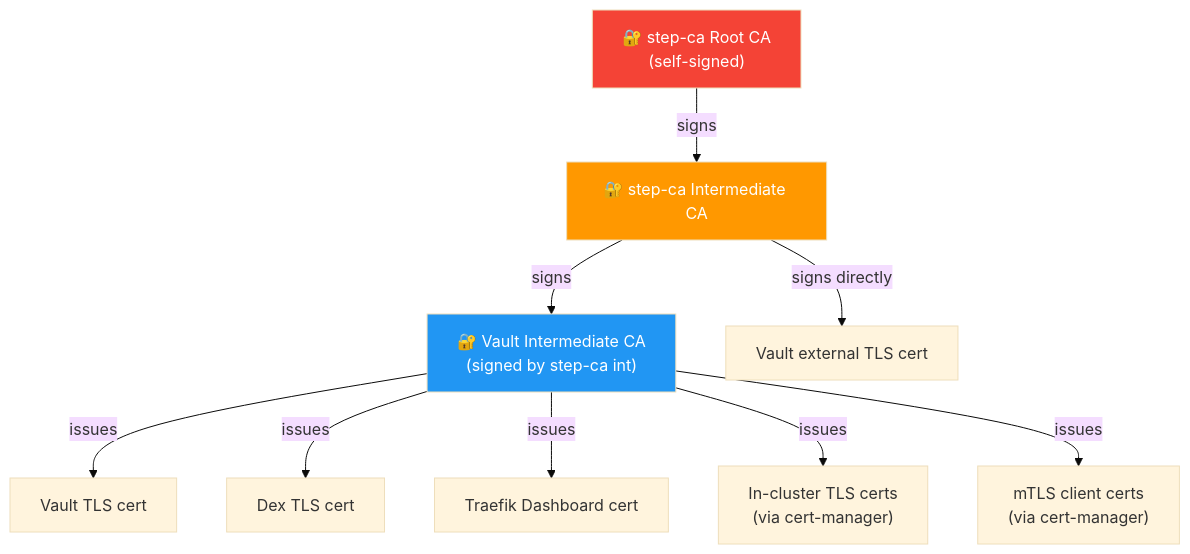
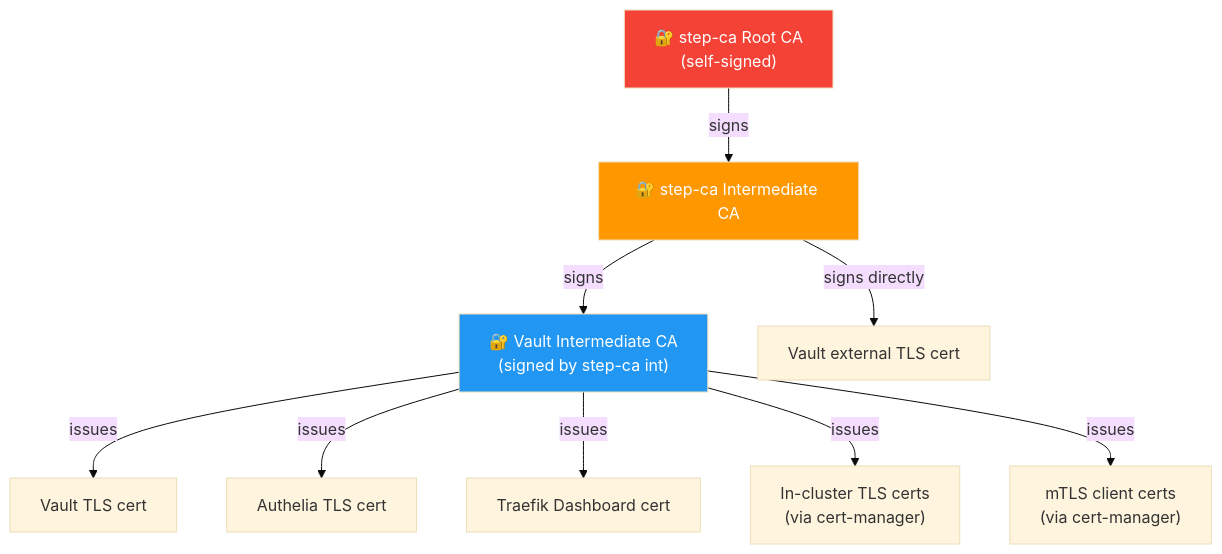
One commit to rmlandvreugd/cnpg-playground changed the sixth of 9 diagrams in docs/architecture-overview.md. Above: the diagram before and after it, drawn with Mermaid (base theme). The commit also changed other lines of this file, not shown here.

First line of the commit message:
docs: sync architecture-overview to live deployment

````diff
--- a/docs/architecture-overview.md
+++ b/docs/architecture-overview.md
@@ -219,21 +225,21 @@
 ```mermaid
 graph TD
     RootCA["🔐 step-ca Root CA<br/>(self-signed)"]
     IntCA["🔐 step-ca Intermediate CA"]
     VaultIntCA["🔐 Vault Intermediate CA<br/>(signed by step-ca int)"]
 
     RootCA -->|signs| IntCA
     IntCA -->|signs| VaultIntCA
 
     VaultIntCA -->|issues| VaultTLS["Vault TLS cert"]
-    VaultIntCA -->|issues| DexTLS["Dex TLS cert"]
+    VaultIntCA -->|issues| AutheliaTLS["Authelia TLS cert"]
     VaultIntCA -->|issues| TraefikDashTLS["Traefik Dashboard cert"]
     VaultIntCA -->|issues| ClusterCerts["In-cluster TLS certs<br/>(via cert-manager)"]
     VaultIntCA -->|issues| MTLSCerts["mTLS client certs<br/>(via cert-manager)"]
 
     IntCA -->|signs directly| VaultExtTLS["Vault external TLS cert"]
 
     style RootCA fill:#F44336,color:white
     style IntCA fill:#FF9800,color:white
     style VaultIntCA fill:#2196F3,color:white
 ```
````
